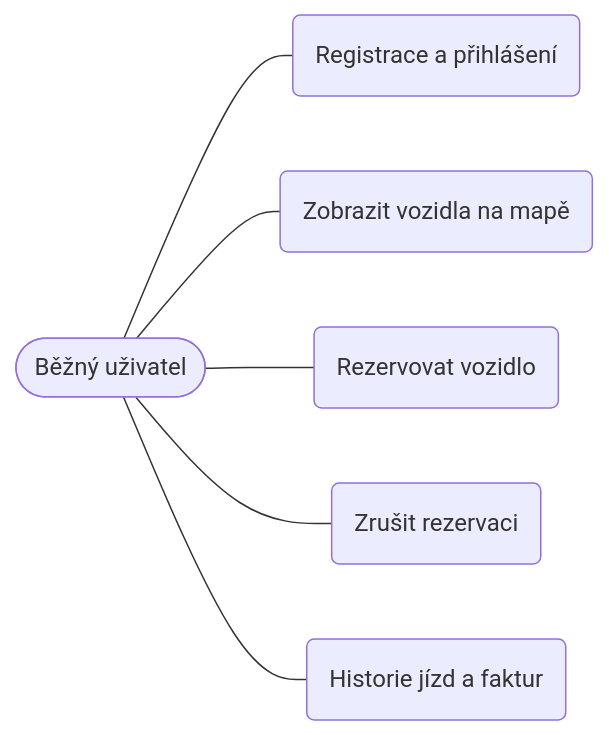
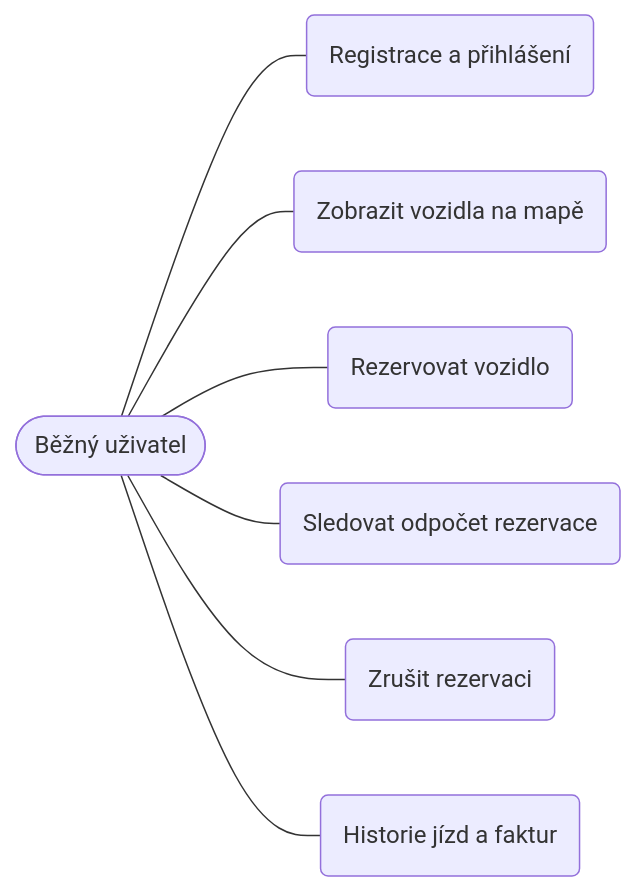
The first of 14 diagrams in report/01_pozadavky.md (jacobcpp/KSWI), drawn with Mermaid before and after one commit. The commit also changed other lines of this file and 7 other files, not shown here.

````diff
--- a/report/01_pozadavky.md
+++ b/report/01_pozadavky.md
@@ -29,14 +33,16 @@
 ```mermaid
 graph LR
     U([Běžný uživatel])
     UC1(Registrace a přihlášení)
     UC2(Zobrazit vozidla na mapě)
     UC3(Rezervovat vozidlo)
-    UC4(Zrušit rezervaci)
-    UC5(Historie jízd a faktur)
+    UC4(Sledovat odpočet rezervace)
+    UC5(Zrušit rezervaci)
+    UC6(Historie jízd a faktur)
     U --- UC1
     U --- UC2
     U --- UC3
     U --- UC4
     U --- UC5
+    U --- UC6
 ```
````
